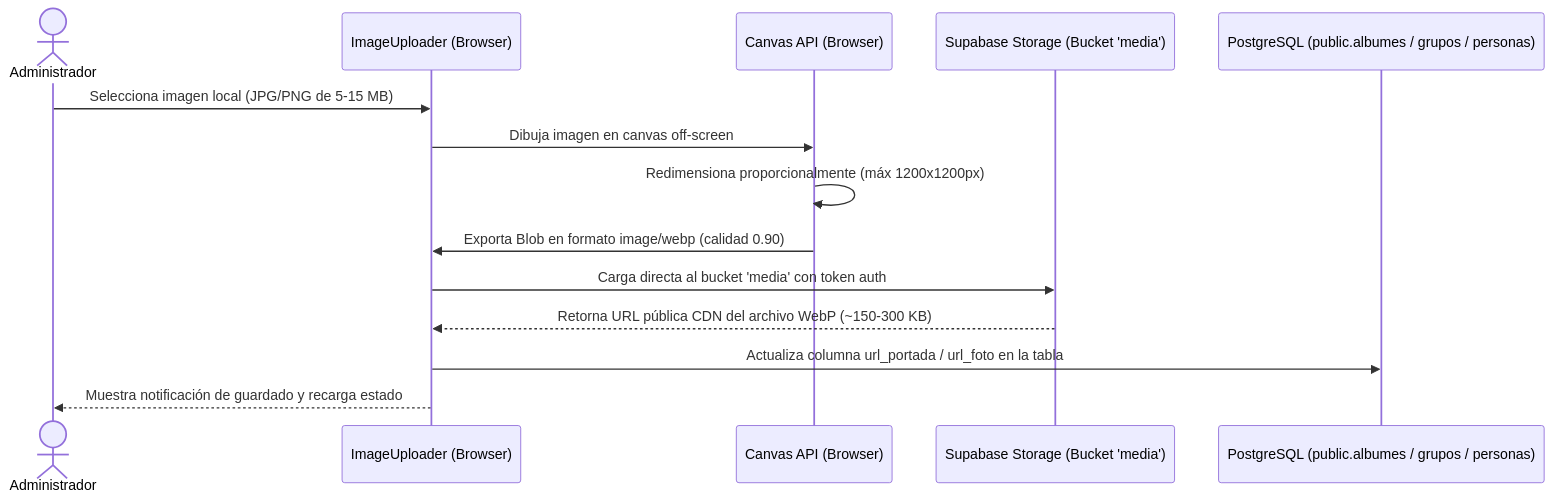
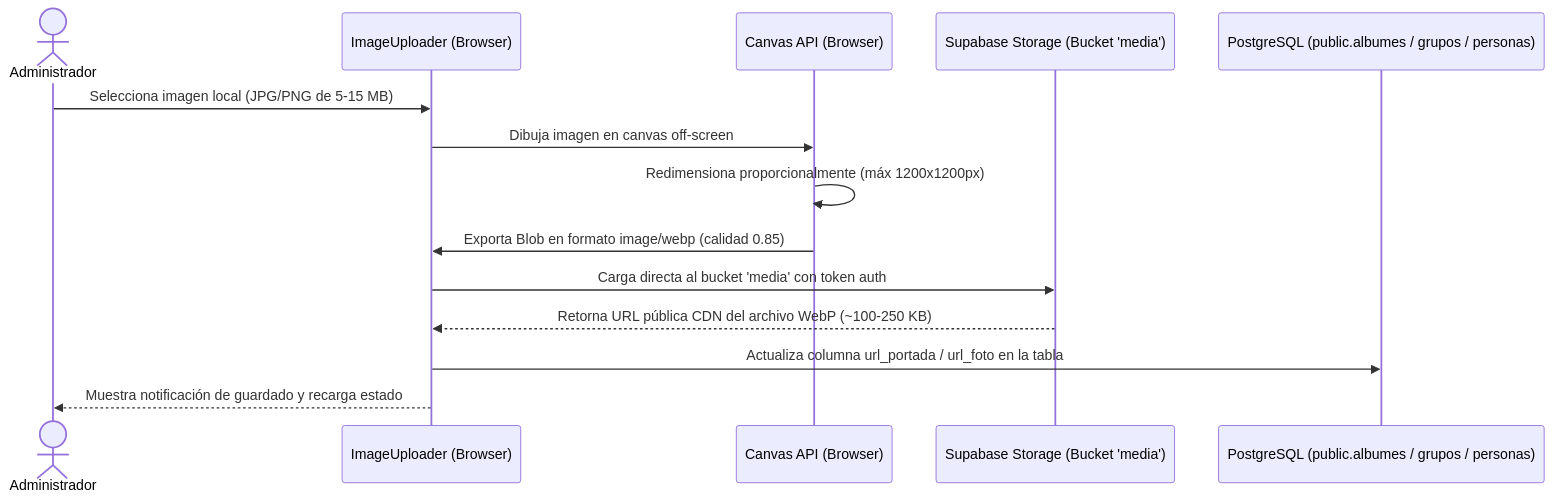
Before and after one commit to JorgeJordyJaimes/cumbia-peruana: the second of 2 diagrams in docs/04-diseno/panel-admin.md, drawn with Mermaid. The commit also changed other lines of this file and 14 other files, not shown here.

````diff
--- a/docs/04-diseno/panel-admin.md
+++ b/docs/04-diseno/panel-admin.md
@@ -110,17 +144,17 @@
 ```mermaid
 sequenceDiagram
     actor Admin as Administrador
     participant Uploader as ImageUploader (Browser)
     participant Canvas as Canvas API (Browser)
     participant Storage as Supabase Storage (Bucket 'media')
     participant DB as PostgreSQL (public.albumes / grupos / personas)
 
     Admin->>Uploader: Selecciona imagen local (JPG/PNG de 5-15 MB)
     Uploader->>Canvas: Dibuja imagen en canvas off-screen
     Canvas->>Canvas: Redimensiona proporcionalmente (máx 1200x1200px)
-    Canvas->>Uploader: Exporta Blob en formato image/webp (calidad 0.90)
+    Canvas->>Uploader: Exporta Blob en formato image/webp (calidad 0.85)
     Uploader->>Storage: Carga directa al bucket 'media' con token auth
-    Storage-->>Uploader: Retorna URL pública CDN del archivo WebP (~150-300 KB)
+    Storage-->>Uploader: Retorna URL pública CDN del archivo WebP (~100-250 KB)
     Uploader->>DB: Actualiza columna url_portada / url_foto en la tabla
     Uploader-->>Admin: Muestra notificación de guardado y recarga estado
 ```
````
